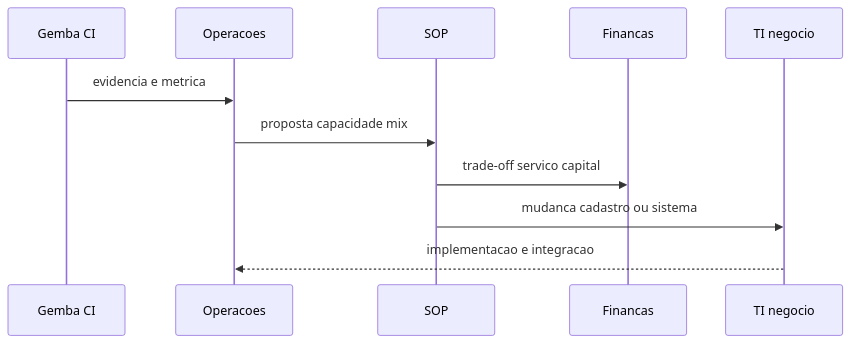
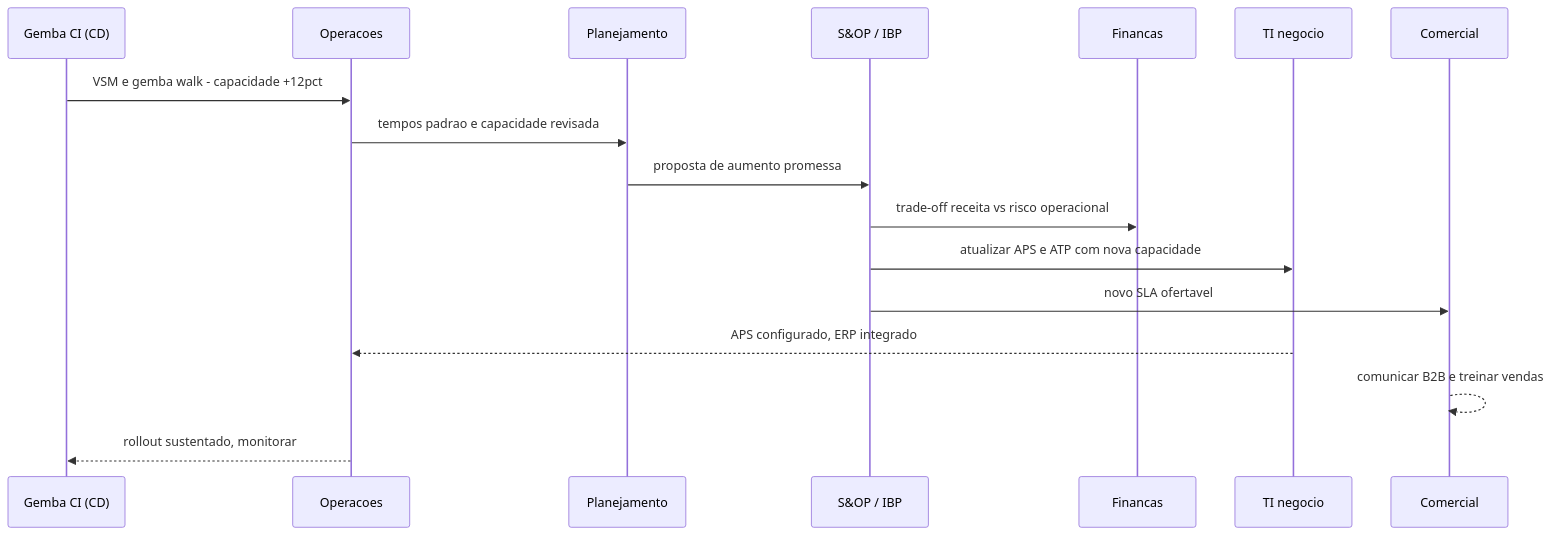
One commit to cleberhensel/logisticon-academy changed the second of 5 diagrams in aulas/trilha-melhoria-continua-e-processos/modulo-03-continuous-improvement/aula-03-ci-cadeia-sop-dados-ti.md. Above: the diagram before and after it, drawn with Mermaid. The commit also changed other lines of this file and 122 other files, not shown here.

````diff
--- a/aulas/trilha-melhoria-continua-e-processos/modulo-03-continuous-improvement/aula-03-ci-cadeia-sop-dados-ti.md
+++ b/aulas/trilha-melhoria-continua-e-processos/modulo-03-continuous-improvement/aula-03-ci-cadeia-sop-dados-ti.md
@@ -47,13 +102,20 @@
 ```mermaid
 sequenceDiagram
-  participant Gemba as Gemba CI
+  participant Gemba as Gemba CI (CD)
   participant Ops as Operacoes
-  participant Sop as SOP
+  participant Pl as Planejamento
+  participant Sop as S&OP / IBP
   participant Fin as Financas
   participant TI as TI negocio
-  Gemba->>Ops: evidencia e metrica
-  Ops->>Sop: proposta capacidade mix
-  Sop->>Fin: trade-off servico capital
-  Sop->>TI: mudanca cadastro ou sistema
-  TI-->>Ops: implementacao e integracao
+  participant Cli as Comercial
+
+  Gemba->>Ops: VSM e gemba walk - capacidade +12pct
+  Ops->>Pl: tempos padrao e capacidade revisada
+  Pl->>Sop: proposta de aumento promessa
+  Sop->>Fin: trade-off receita vs risco operacional
+  Sop->>TI: atualizar APS e ATP com nova capacidade
+  Sop->>Cli: novo SLA ofertavel
+  TI-->>Ops: APS configurado, ERP integrado
+  Cli-->>Cli: comunicar B2B e treinar vendas
+  Ops-->>Gemba: rollout sustentado, monitorar
 ```
````
